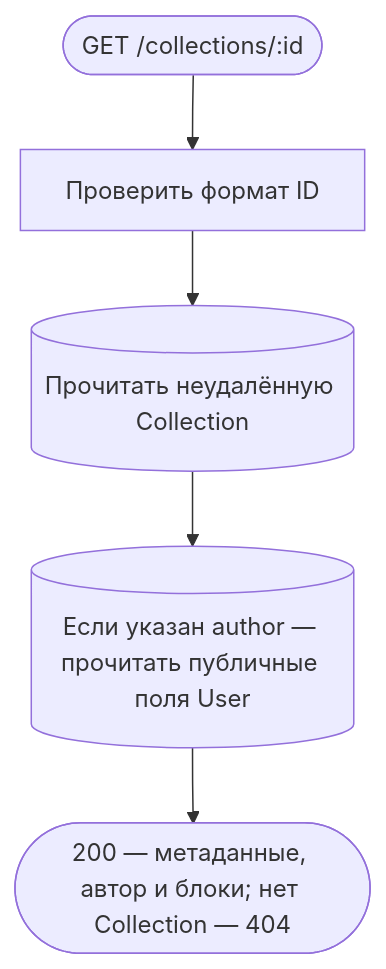
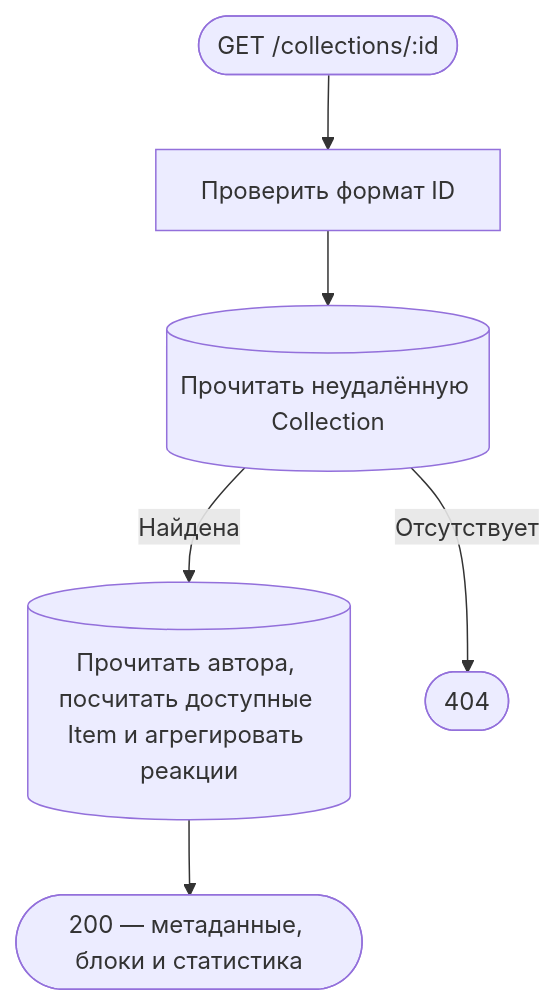
One commit to AmyGrooove/f95-tinder changed the first of 8 diagrams in apps/api/public/docs/api/requestFlows/collections.md. Above: the diagram before and after it, drawn with Mermaid. The commit also changed other lines of this file and 135 other files, not shown here.

````diff
--- a/apps/api/public/docs/api/requestFlows/collections.md
+++ b/apps/api/public/docs/api/requestFlows/collections.md
@@ -15,9 +15,10 @@
 ```mermaid
 flowchart TD
     accTitle: Открытие подборки
-    accDescr: Проверить ID и прочитать неудалённую Collection, вернуть метаданные и блоки или 404
+    accDescr: Прочитать неудалённую Collection, публичные данные автора и статистику или вернуть 404
     A(["GET /collections/:id"]):::http --> B["Проверить формат ID"]:::action
     B --> C[("Прочитать неудалённую Collection")]:::data
-    C --> U[("Если указан author — прочитать публичные поля User")]:::data
-    U --> D(["200 — метаданные, автор и блоки; нет Collection — 404"]):::http
+    C -->|Найдена| U[("Прочитать автора, посчитать доступные Item и агрегировать реакции")]:::data
+    C -->|Отсутствует| N(["404"]):::response
+    U --> D(["200 — метаданные, блоки и статистика"]):::response
 ```
````
